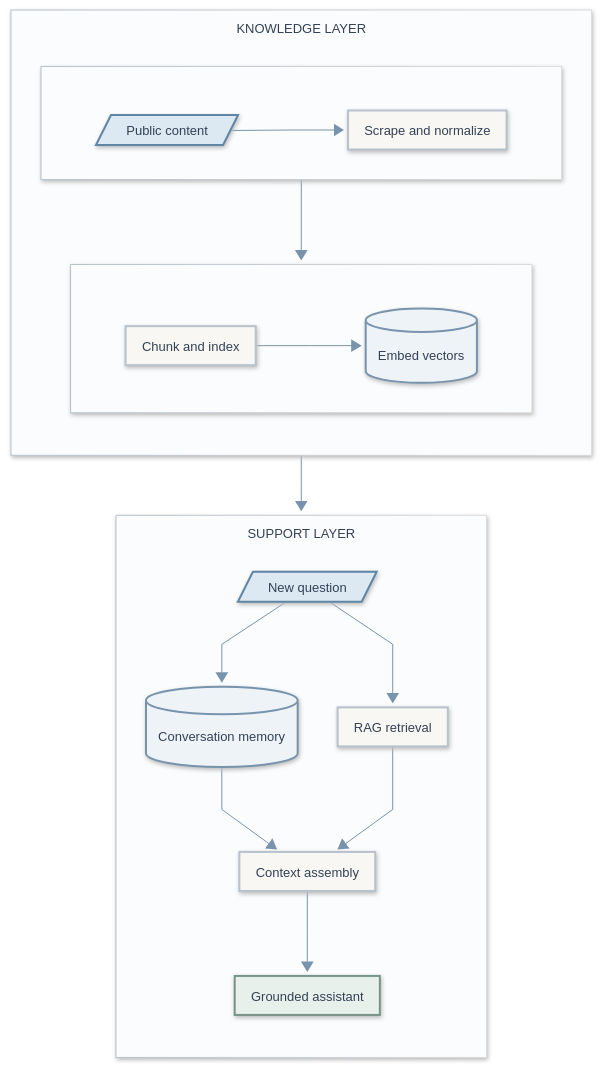
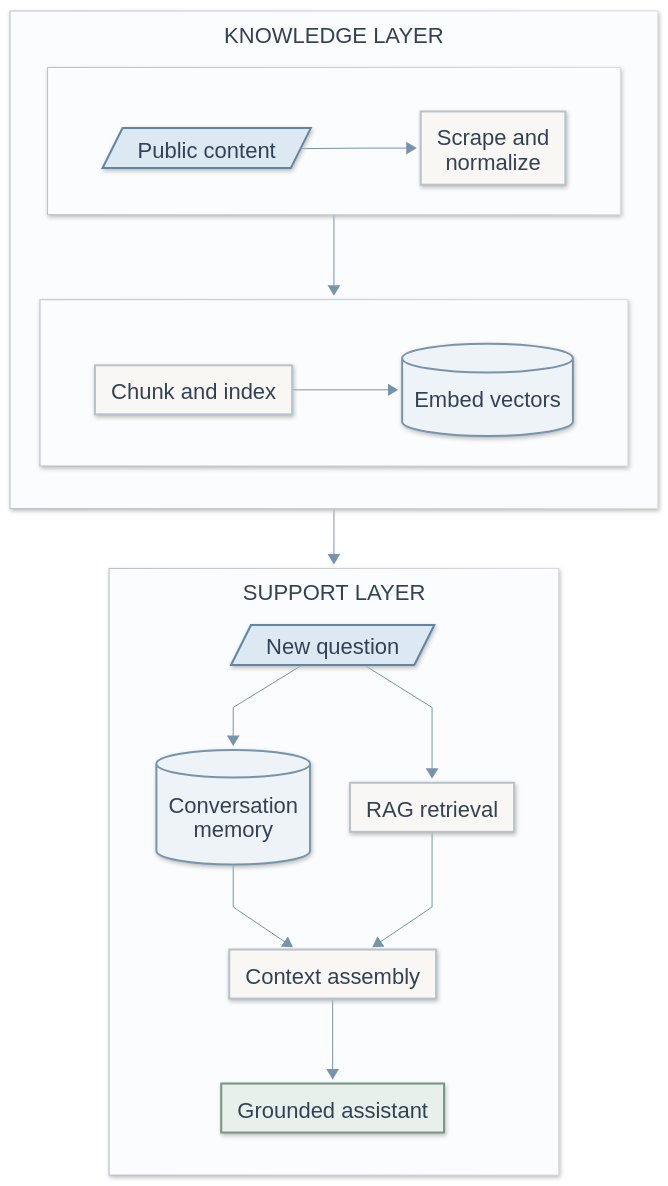
The diagram in diagrams/knowledge-support.mmd (alikayar/portfolio), drawn with Mermaid before and after one commit. The commit also changed 5 other files, not shown here.

Commit message:
feat: increase font size of diagrams for readability

```diff
--- a/diagrams/knowledge-support.mmd
+++ b/diagrams/knowledge-support.mmd
@@ -1,79 +1,79 @@
 %%{init: {
   "htmlLabels": false,
   "look": "neo",
   "theme": "base",
   "themeVariables": {
     "background": "#f8f7f3",
     "fontFamily": "IBM Plex Sans",
-    "fontSize": "13px",
+    "fontSize": "22px",
     "lineColor": "#7894ad",
     "primaryBorderColor": "#b8c2cc",
     "primaryColor": "#f8f7f3",
     "primaryTextColor": "#334155",
     "clusterBkg": "#fbfcfd",
     "clusterBorder": "#c5d3df",
     "titleColor": "#334155",
     "tertiaryColor": "#eef3f7",
     "tertiaryBorderColor": "#c5d3df"
   },
   "flowchart": {
     "curve": "linear",
     "nodeSpacing": 40,
     "rankSpacing": 60,
     "padding": 15,
     "diagramPadding": 10,
     "subGraphTitleMargin": {
       "top": 10,
       "bottom": 4
     }
   }
 }}%%
 flowchart TD
   classDef process fill:#f8f7f3,stroke:#b8c2cc,stroke-width:2px
   classDef inputOutput fill:#dce8f2,stroke:#5f86a5,stroke-width:2px
   classDef storage fill:#eef3f7,stroke:#7894ad,stroke-width:2px
   classDef finish fill:#e8f0eb,stroke:#789487,stroke-width:2px
 
   subgraph knowledgeLayer["KNOWLEDGE LAYER"]
     direction TB
     subgraph contents[" "]
       direction LR
       sources[/Public content/]
       collect["Scrape and normalize"]
 
       sources --> collect
     end
 
     subgraph embedding[" "]
       direction LR
       index["Chunk and index"]
       vector[("Embed vectors")]
 
       index --> vector
     end
 
     collect --> index
   end
 
   subgraph supportLayer["SUPPORT LAYER"]
     direction TD
     newQuestion[/New question/]
     memory[("Conversation memory")]
     retrieval["RAG retrieval"]
     context["Context assembly"]
     assistant["Grounded assistant"]
 
     newQuestion --> memory
     newQuestion --> retrieval
     memory --> context
     retrieval --> context
     context --> assistant
   end
 
   knowledgeLayer --> supportLayer
 
 
 class collect,index,retrieval,context process
 class sources,newQuestion inputOutput
 class memory,vector storage
 class assistant finish
```
